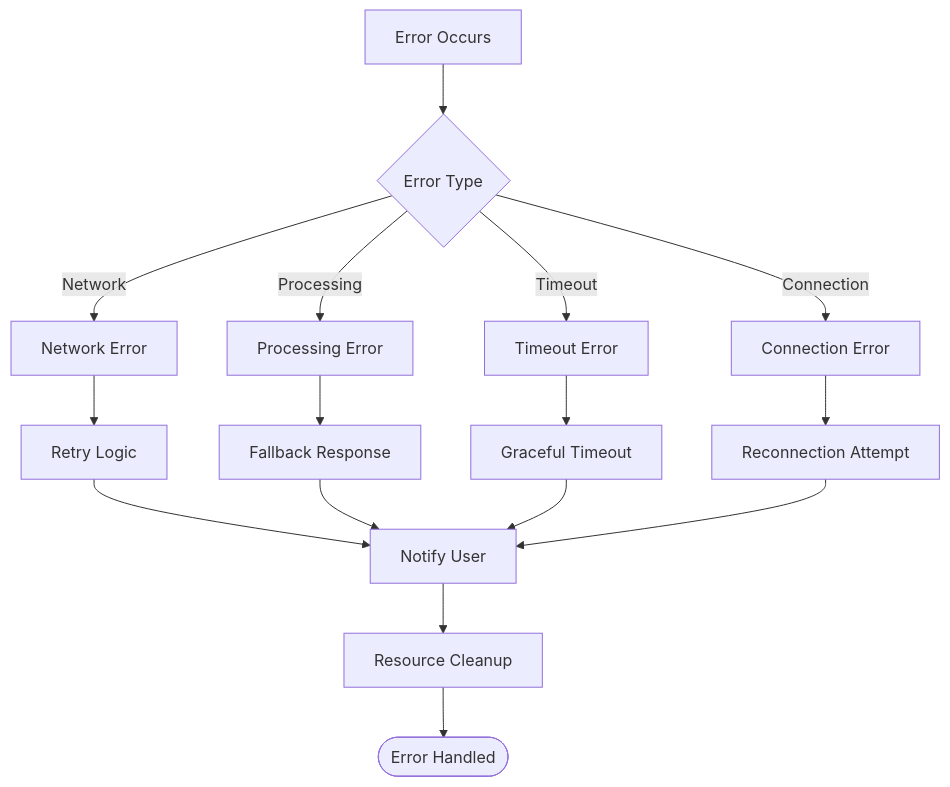
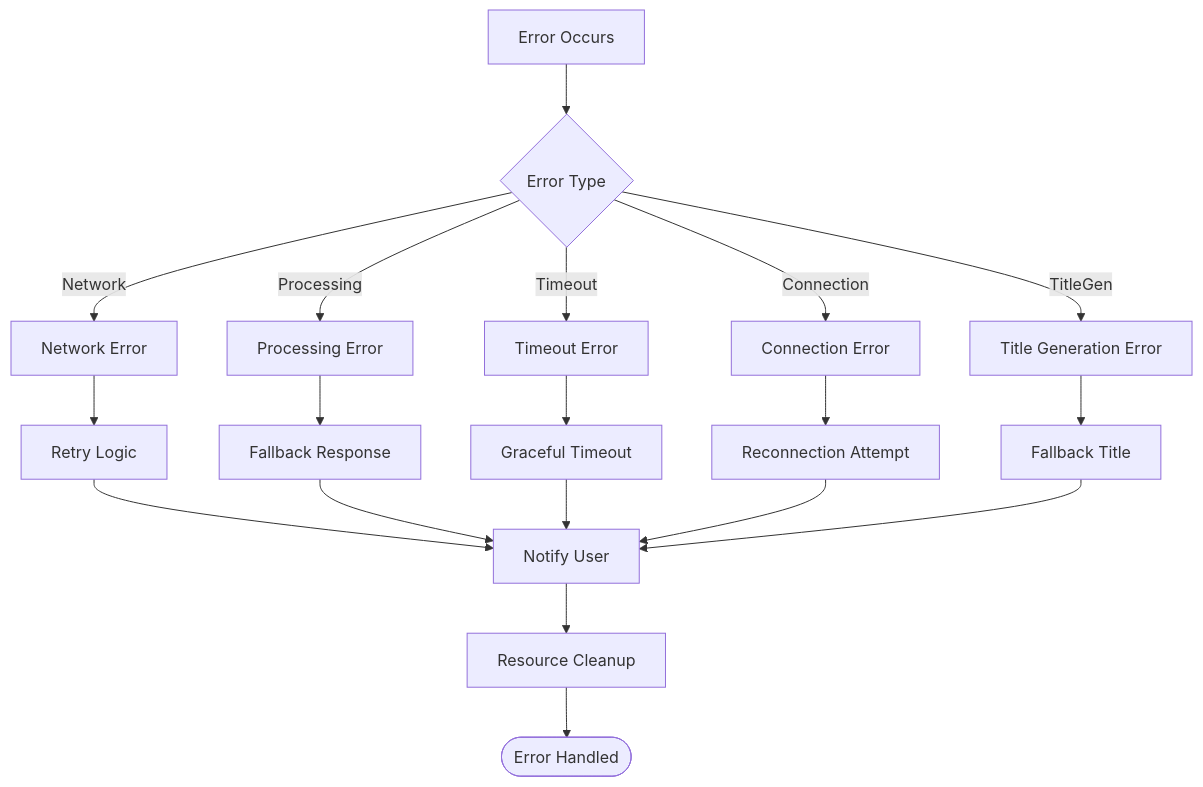
Before and after one commit to emanuelplopu/MongoDB-RAG-Agent: the eighth of 11 diagrams in .qoder/repowiki/en/content/Core Features/Streaming Reliability Enhancements.md, drawn with Mermaid. The commit also changed other lines of this file and 5 other files, not shown here.

````diff
--- a/.qoder/repowiki/en/content/Core Features/Streaming Reliability Enhancements.md
+++ b/.qoder/repowiki/en/content/Core Features/Streaming Reliability Enhancements.md
@@ -261,18 +373,21 @@
 ```mermaid
 flowchart TD
 Error[Error Occurs] --> ErrorType{Error Type}
 ErrorType --> |Network| NetworkError[Network Error]
 ErrorType --> |Processing| ProcessingError[Processing Error]
 ErrorType --> |Timeout| TimeoutError[Timeout Error]
 ErrorType --> |Connection| ConnectionError[Connection Error]
+ErrorType --> |TitleGen| TitleGenError[Title Generation Error]
 NetworkError --> RetryLogic[Retry Logic]
 ProcessingError --> Fallback[Fallback Response]
 TimeoutError --> Graceful[Graceful Timeout]
 ConnectionError --> Reconnect[Reconnection Attempt]
+TitleGenError --> FallbackTitle[Fallback Title]
 RetryLogic --> UserNotification[Notify User]
 Fallback --> UserNotification
 Graceful --> UserNotification
 Reconnect --> UserNotification
+FallbackTitle --> UserNotification
 UserNotification --> Cleanup[Resource Cleanup]
 Cleanup --> End([Error Handled])
 ```
````
